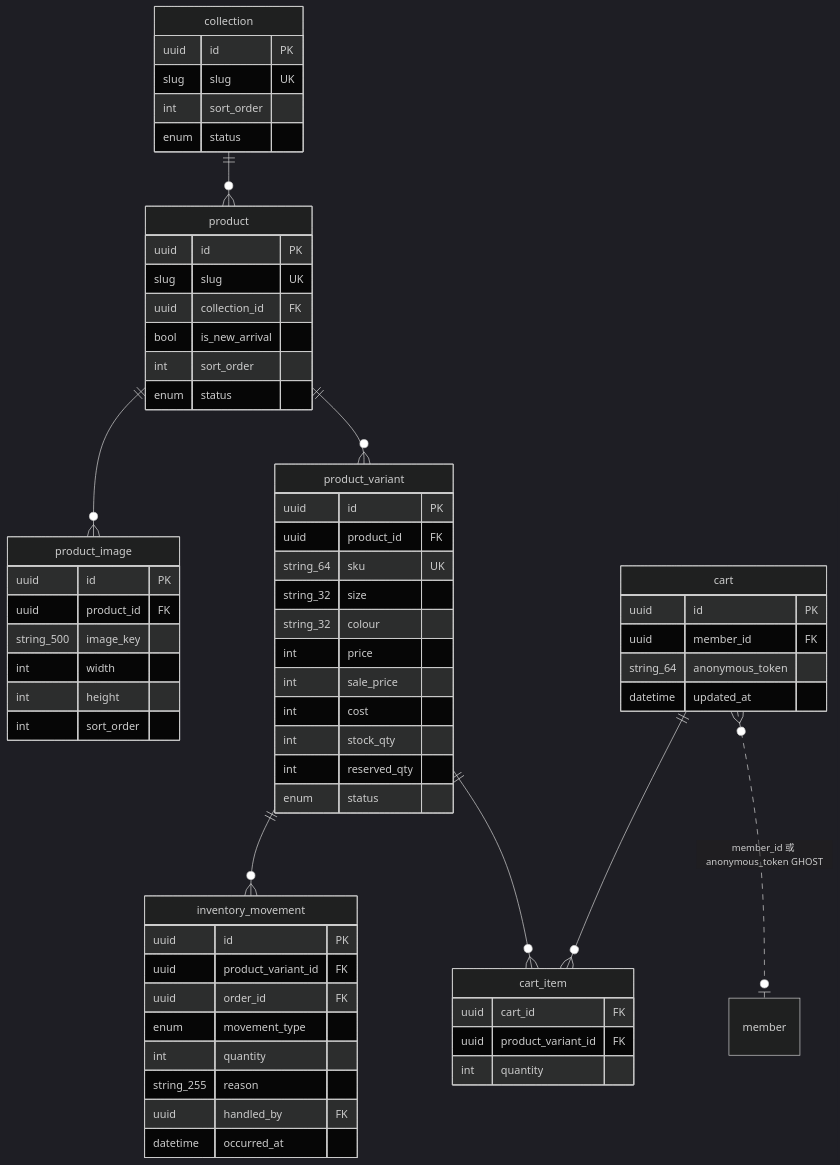
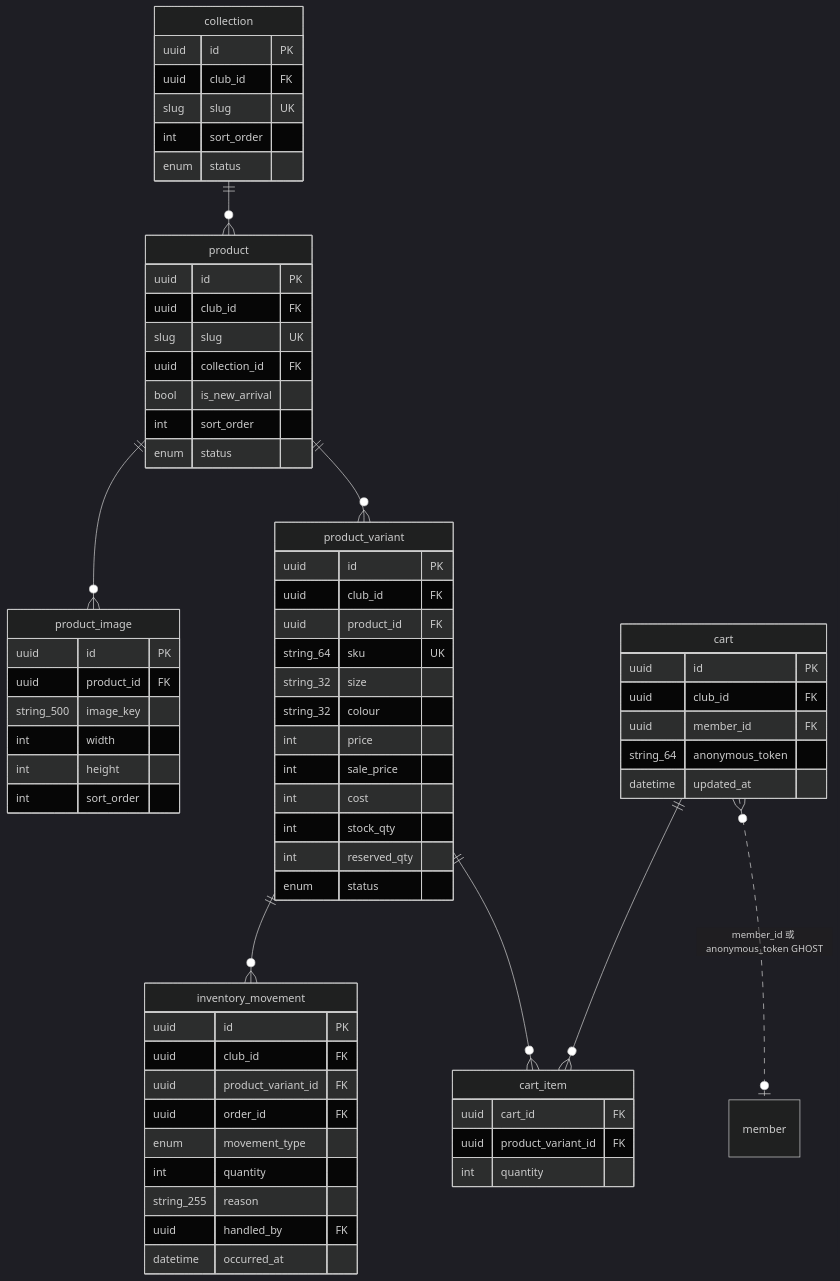
One commit to waiting0201/tcrfc changed diagram 11 of 15 in docs/12a-database-erd.md. Above: the diagram before and after it, drawn with Mermaid (dark theme). The commit also changed other lines of this file and 4 other files, not shown here.

First line of the commit message:
feat: docs/12a ERD 完成 v3.0 同步，13 項落差結案（B-2 收尾）

````diff
--- a/docs/12a-database-erd.md
+++ b/docs/12a-database-erd.md
@@ -653,66 +728,71 @@
 ```mermaid
 erDiagram
   collection ||--o{ product : ""
   product ||--o{ product_image : ""
   product ||--o{ product_variant : ""
   product_variant ||--o{ inventory_movement : ""
   product_variant ||--o{ cart_item : ""
   cart ||--o{ cart_item : ""
   cart }o..o| member : "member_id 或 anonymous_token GHOST"
   collection {
     uuid id PK
+    uuid club_id FK
     slug slug UK
     int sort_order
     enum status
   }
   product {
     uuid id PK
+    uuid club_id FK
     slug slug UK
     uuid collection_id FK
     bool is_new_arrival
     int sort_order
     enum status
   }
   product_image {
     uuid id PK
     uuid product_id FK
     string_500 image_key
     int width
     int height
     int sort_order
   }
   product_variant {
     uuid id PK
+    uuid club_id FK
     uuid product_id FK
     string_64 sku UK
     string_32 size
     string_32 colour
     int price
     int sale_price
     int cost
     int stock_qty
     int reserved_qty
     enum status
   }
   inventory_movement {
     uuid id PK
+    uuid club_id FK
     uuid product_variant_id FK
     uuid order_id FK
     enum movement_type
     int quantity
     string_255 reason
     uuid handled_by FK
     datetime occurred_at
   }
   cart {
     uuid id PK
+    uuid club_id FK
     uuid member_id FK
     string_64 anonymous_token
     datetime updated_at
   }
   cart_item {
     uuid cart_id FK
     uuid product_variant_id FK
     int quantity
   }
 ```
````
